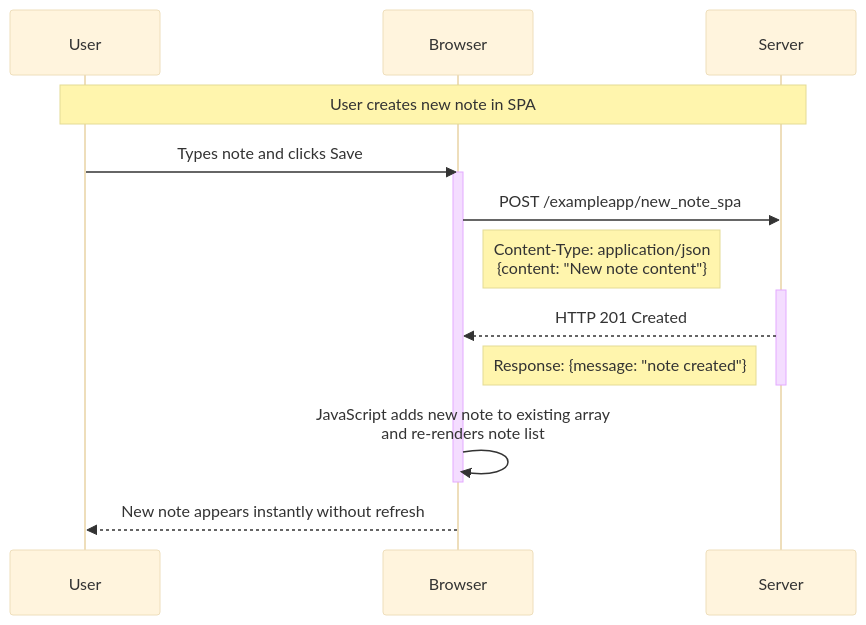
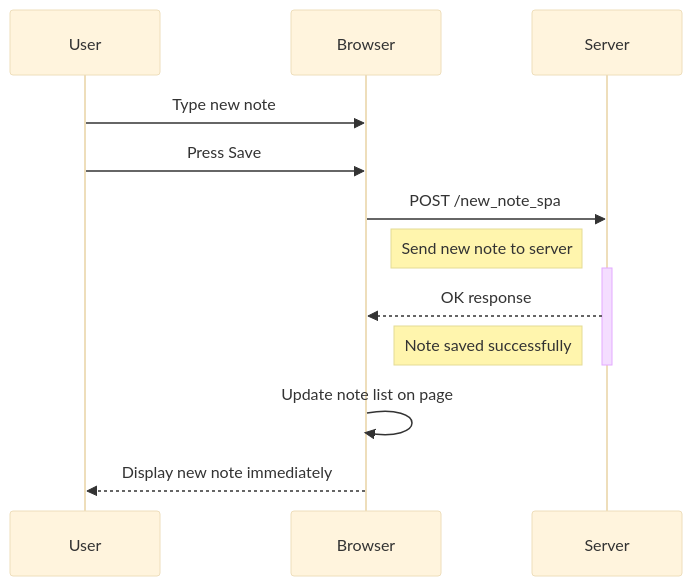
One commit to VigneshRanga/fullstack-open changed the diagram in Part0/0.6.md. Above: the diagram before and after it, drawn with Mermaid (base theme). The commit also changed other lines of this file, not shown here.

````diff
--- a/Part0/0.6.md
+++ b/Part0/0.6.md
@@ -3,24 +3,20 @@
 ```mermaid
 sequenceDiagram
-    participant User
-    participant Browser
-    participant Server
+    participant U as User
+    participant B as Browser
+    participant S as Server
 
-    Note over User, Server: User creates new note in SPA
-
-    User->>Browser: Types note and clicks Save
-    activate Browser
+    U->>B: Type new note
+    U->>B: Press Save
     
-    Browser->>Server: POST /exampleapp/new_note_spa
-    Note right of Browser: Content-Type: application/json<br>{content: "New note content"}
-    activate Server
+    B->>S: POST /new_note_spa
+    Note right of B: Send new note to server
+    activate S
     
-    Server-->>Browser: HTTP 201 Created
-    Note left of Server: Response: {message: "note created"}
-    deactivate Server
+    S-->>B: OK response
+    Note left of S: Note saved successfully
+    deactivate S
     
-    Browser->>Browser: JavaScript adds new note to existing array<br>and re-renders note list
-    deactivate Browser
-    
-    Browser-->>User: New note appears instantly without refresh
+    B->>B: Update note list on page
+    B-->>U: Display new note immediately
 ```
````
